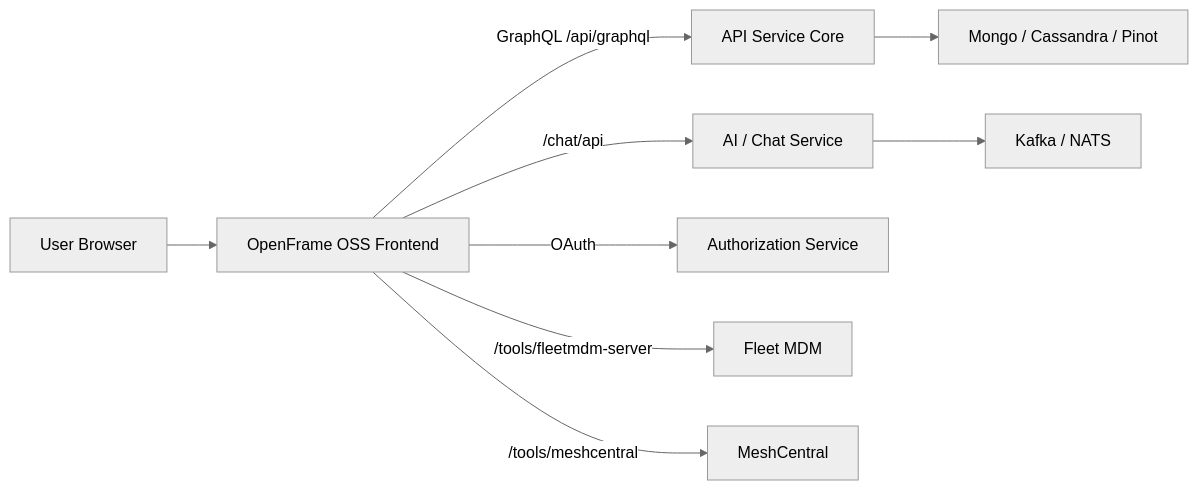
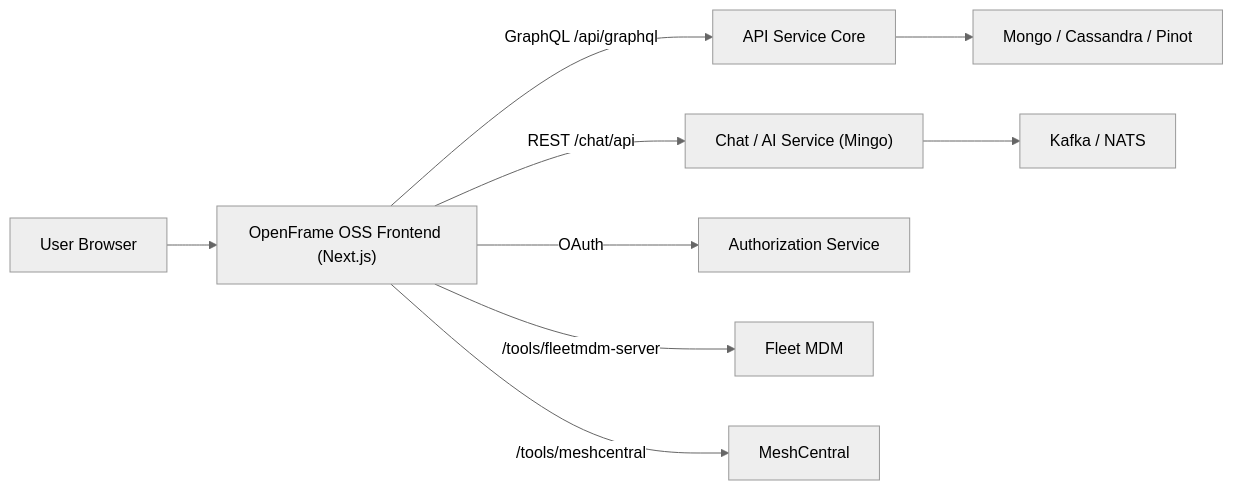
One commit to flamingo-stack/openframe-oss-frontend changed the diagram in docs/getting-started/introduction.md. Above: the diagram before and after it, drawn with Mermaid (neutral theme). The commit also changed other lines of this file and 13 other files, not shown here.

````diff
--- a/docs/getting-started/introduction.md
+++ b/docs/getting-started/introduction.md
@@ -88,11 +39,13 @@
 ```mermaid
 flowchart LR
-    Browser["User Browser"] --> Frontend["OpenFrame OSS Frontend"]
+    Browser["User Browser"] --> Frontend["OpenFrame OSS Frontend (Next.js)"]
+
     Frontend -->|"GraphQL /api/graphql"| ApiService["API Service Core"]
-    Frontend -->|"/chat/api"| ChatService["AI / Chat Service"]
+    Frontend -->|"REST /chat/api"| ChatService["Chat / AI Service (Mingo)"]
     Frontend -->|"OAuth"| AuthService["Authorization Service"]
     Frontend -->|"/tools/fleetmdm-server"| Fleet["Fleet MDM"]
     Frontend -->|"/tools/meshcentral"| Mesh["MeshCentral"]
+
     ApiService --> DataLayer["Mongo / Cassandra / Pinot"]
     ChatService --> StreamLayer["Kafka / NATS"]
 ```
````
